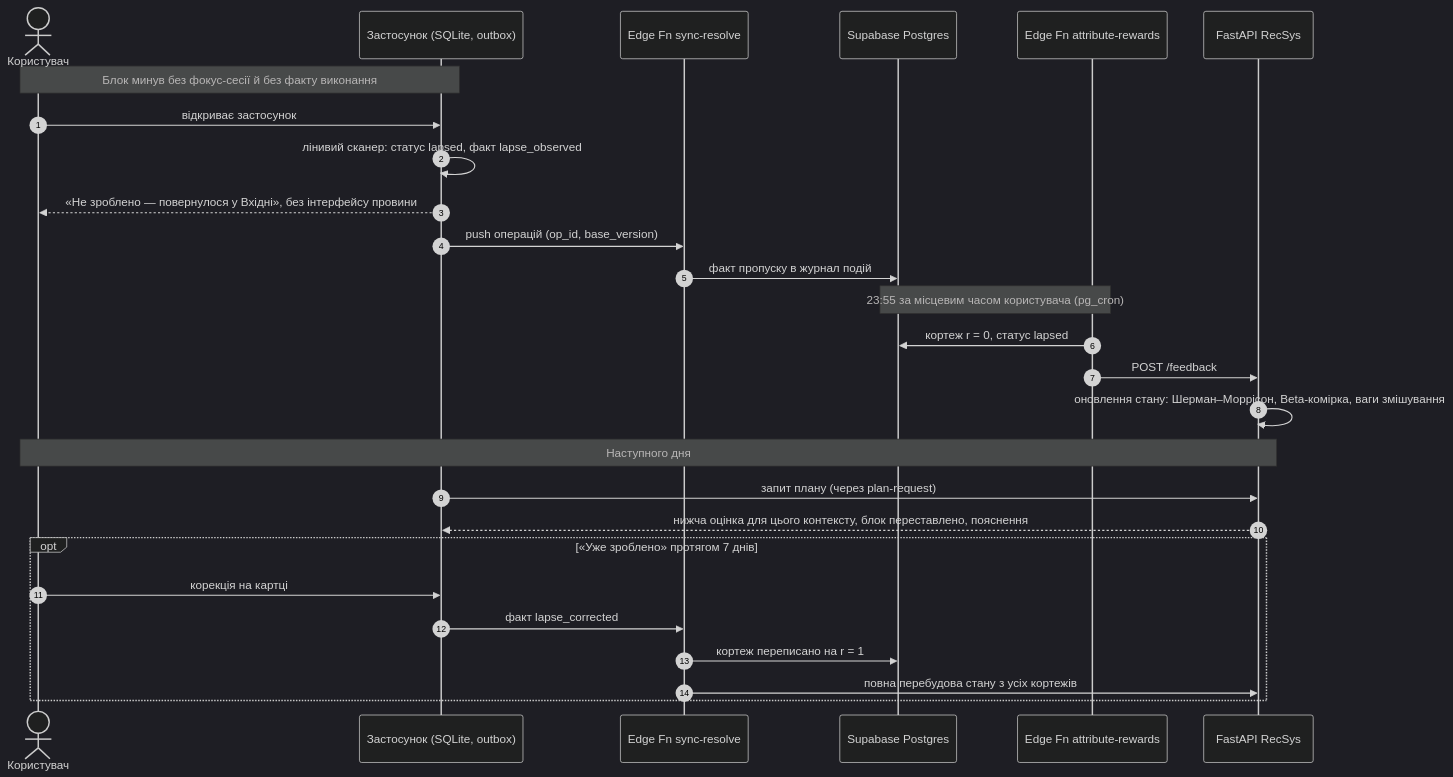
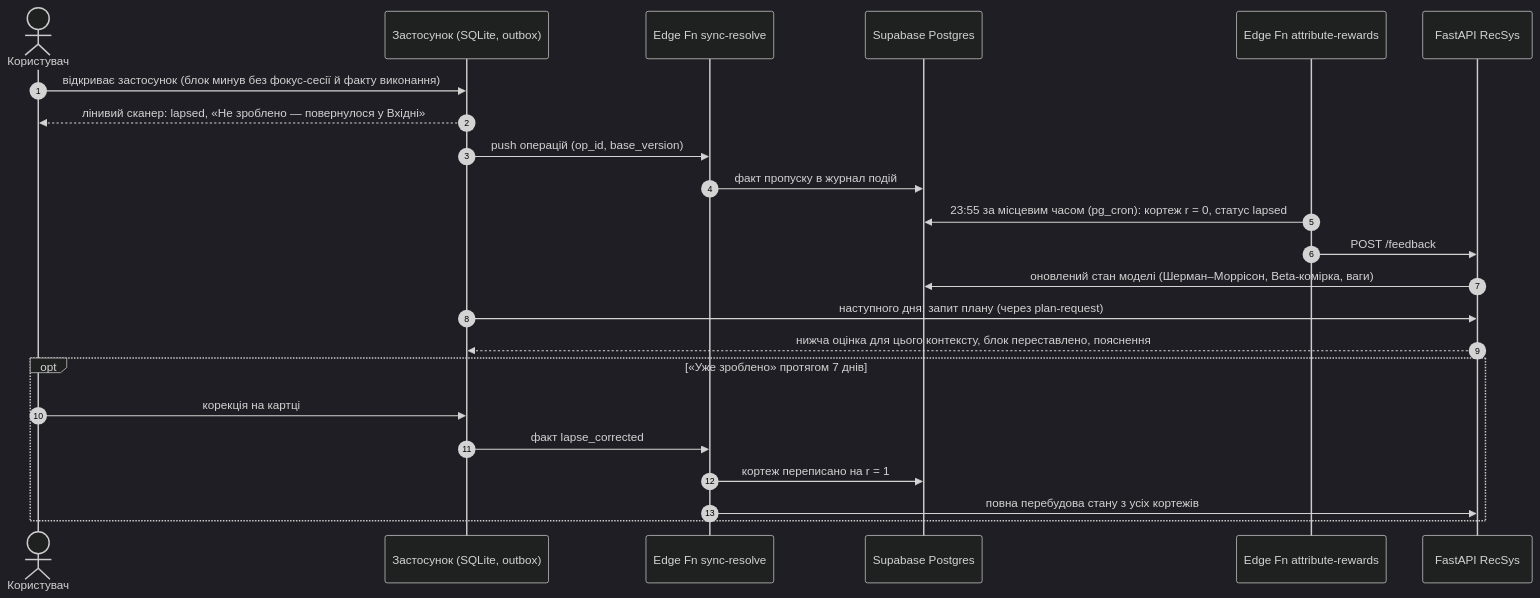
One commit to IKala4I/magister_work changed the diagram in docs/thesis/text/diagrams/e1-uc04.mmd. Above: the diagram before and after it, drawn with Mermaid (dark theme). The commit also changed 4 other files, not shown here.

```diff
--- a/docs/thesis/text/diagrams/e1-uc04.mmd
+++ b/docs/thesis/text/diagrams/e1-uc04.mmd
@@ -1,34 +1,30 @@
 %% Рисунок Е.1 — UC-04 «Перепланування пропущеної задачі» (пропуск блоку → оновлення моделі → змінене розміщення)
 %% Джерело істини: apps/mobile/src/db/feedback.ts (lapseScan, skipBlock), apps/mobile/src/sync/pull.ts,
 %% supabase/functions/_shared/rewards.ts, supabase/migrations/20260827150000_p7_feedback.sql,
 %% services/recsys/src/hourwell_recsys/{bandit,energy,blend}.py.
 %% Звірено з апаратним прогоном iPhone 2026-09-08 (docs/verification/device-pass/ios-20260908-1215).
 %% 2026-11-12: стиснуто до головного потоку на один аркуш (власник: «одна діаграма на сторінку»);
 %% подробиці (ґратка статусів, повторна перевірка миттєвих правил, вікно 7 днів) — у тексті додатка.
 sequenceDiagram
     autonumber
     actor K as Користувач
     participant App as Застосунок (SQLite, outbox)
     participant SR as Edge Fn sync-resolve
     participant PG as Supabase Postgres
     participant AR as Edge Fn attribute-rewards
     participant API as FastAPI RecSys
-    Note over K,App: Блок минув без фокус-сесії й без факту виконання
-    K->>App: відкриває застосунок
-    App->>App: лінивий сканер: статус lapsed, факт lapse_observed
-    App-->>K: «Не зроблено — повернулося у Вхідні», без інтерфейсу провини
+    K->>App: відкриває застосунок (блок минув без фокус-сесії й факту виконання)
+    App-->>K: лінивий сканер: lapsed, «Не зроблено — повернулося у Вхідні»
     App->>SR: push операцій (op_id, base_version)
     SR->>PG: факт пропуску в журнал подій
-    Note over PG,AR: 23:55 за місцевим часом користувача (pg_cron)
-    AR->>PG: кортеж r = 0, статус lapsed
+    AR->>PG: 23:55 за місцевим часом (pg_cron): кортеж r = 0, статус lapsed
     AR->>API: POST /feedback
-    API->>API: оновлення стану: Шерман–Моррісон, Beta-комірка, ваги змішування
-    Note over K,API: Наступного дня
-    App->>API: запит плану (через plan-request)
+    API->>PG: оновлений стан моделі (Шерман–Моррісон, Beta-комірка, ваги)
+    App->>API: наступного дня: запит плану (через plan-request)
     API-->>App: нижча оцінка для цього контексту, блок переставлено, пояснення
     opt «Уже зроблено» протягом 7 днів
         K->>App: корекція на картці
         App->>SR: факт lapse_corrected
         SR->>PG: кортеж переписано на r = 1
         SR->>API: повна перебудова стану з усіх кортежів
     end
```
